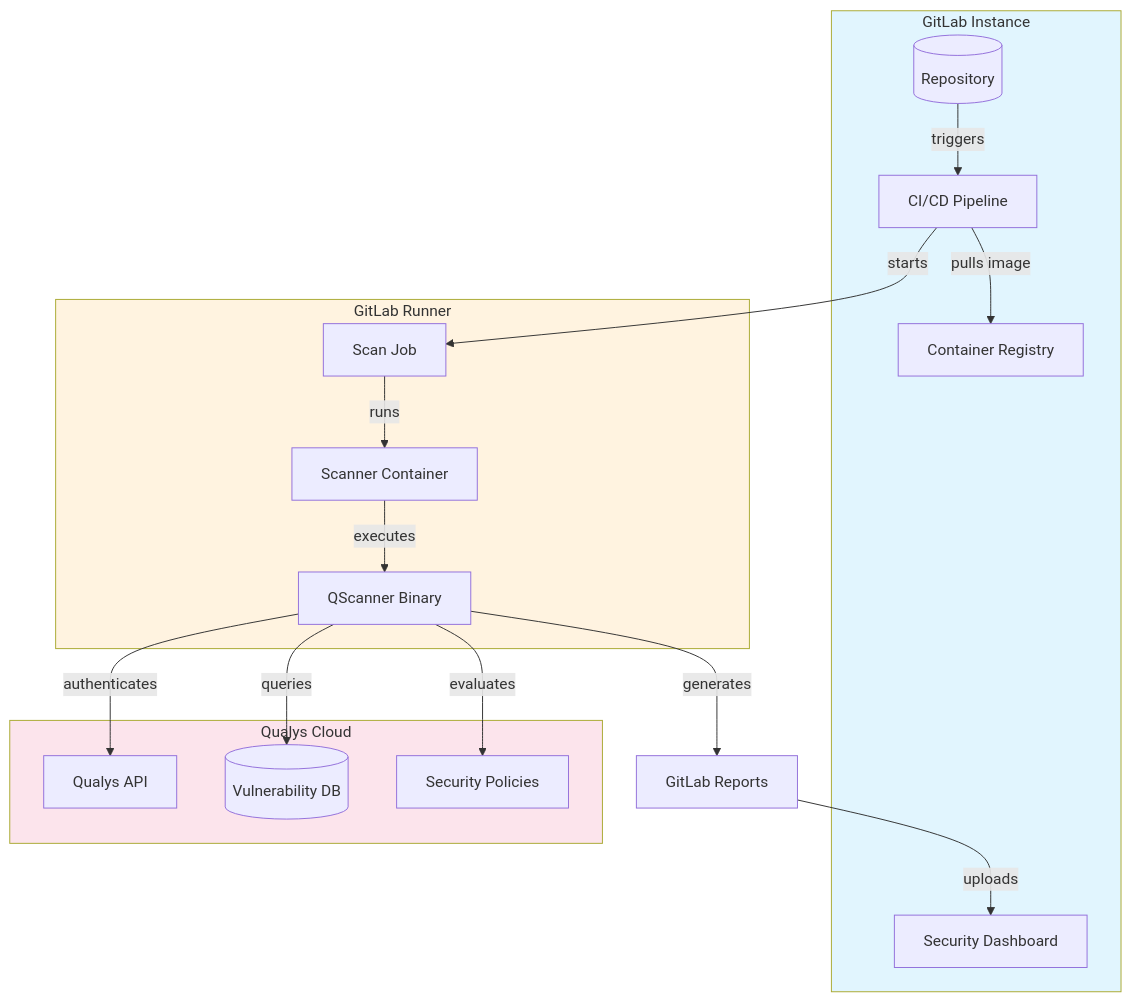
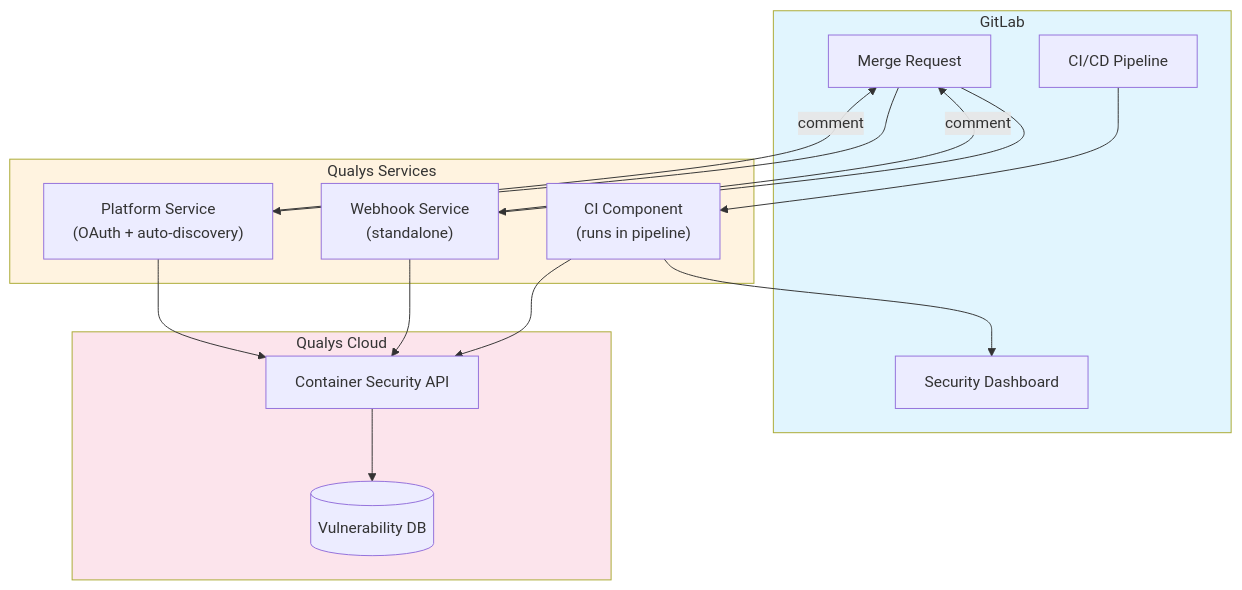
One commit to nelssec/qualys-gitlab changed the second of 3 diagrams in docs/architecture.md. Above: the diagram before and after it, drawn with Mermaid. The commit also changed other lines of this file and 43 other files, not shown here.

````diff
--- a/docs/architecture.md
+++ b/docs/architecture.md
@@ -7,36 +74,32 @@
 ```mermaid
 flowchart TB
-    subgraph gitlab["GitLab Instance"]
-        repo[("Repository")]
-        pipeline["CI/CD Pipeline"]
-        registry["Container Registry"]
-        dashboard["Security Dashboard"]
+    subgraph gitlab["GitLab"]
+        MR[Merge Request]
+        PIPELINE[CI/CD Pipeline]
+        DASHBOARD[Security Dashboard]
     end
 
-    subgraph runner["GitLab Runner"]
-        job["Scan Job"]
-        scanner["Scanner Container"]
-        qscanner["QScanner Binary"]
+    subgraph services["Qualys Services"]
+        CI["CI Component<br/>(runs in pipeline)"]
+        WEBHOOK["Webhook Service<br/>(standalone)"]
+        PLATFORM["Platform Service<br/>(OAuth + auto-discovery)"]
     end
 
     subgraph qualys["Qualys Cloud"]
-        api["Qualys API"]
-        vulndb[("Vulnerability DB")]
-        policies["Security Policies"]
+        API[Container Security API]
+        DB[(Vulnerability DB)]
     end
 
-    repo -->|triggers| pipeline
-    pipeline -->|pulls image| registry
-    pipeline -->|starts| job
-    job -->|runs| scanner
-    scanner -->|executes| qscanner
-    qscanner -->|authenticates| api
-    qscanner -->|queries| vulndb
-    qscanner -->|evaluates| policies
-    qscanner -->|generates| reports["GitLab Reports"]
-    reports -->|uploads| dashboard
+    PIPELINE --> CI --> API
+    MR --> WEBHOOK --> API
+    MR --> PLATFORM --> API
+    API --> DB
+
+    CI --> DASHBOARD
+    WEBHOOK -->|comment| MR
+    PLATFORM -->|comment| MR
 
     style gitlab fill:#e1f5fe
-    style runner fill:#fff3e0
+    style services fill:#fff3e0
     style qualys fill:#fce4ec
 ```
````
